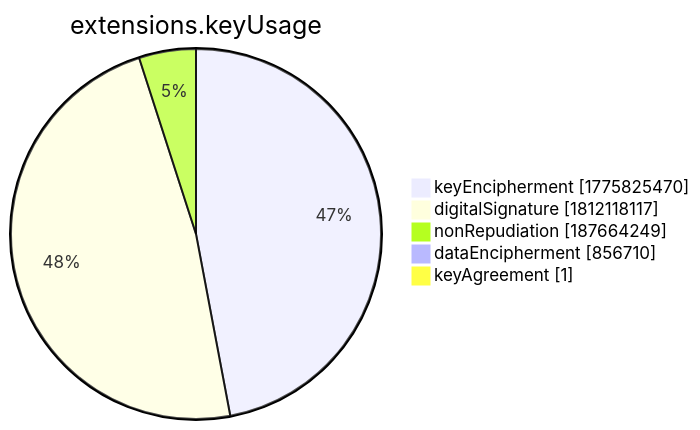
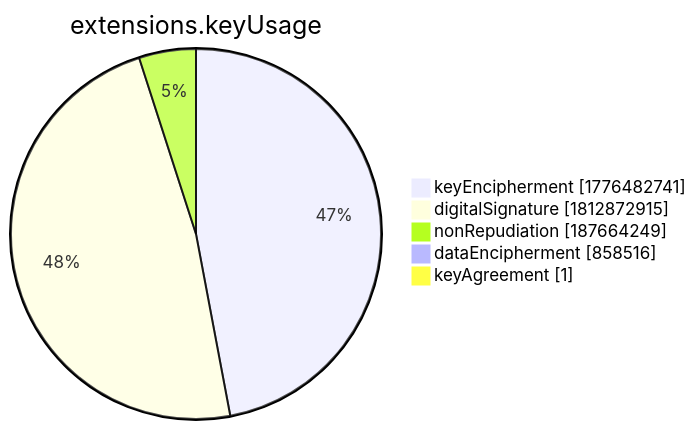
Before and after one commit to christiankrug/ctmonitor_visualization: the seventh of 15 diagrams in xenon2022/README.md, drawn with Mermaid. The commit also changed other lines of this file, not shown here.

````diff
--- a/xenon2022/README.md
+++ b/xenon2022/README.md
@@ -2859,9 +2859,9 @@
 ```mermaid
 pie showData
 title extensions.keyUsage
-"keyEncipherment" :1775825470
-"digitalSignature" :1812118117
+"keyEncipherment" :1776482741
+"digitalSignature" :1812872915
 "nonRepudiation" :187664249
-"dataEncipherment" :856710
+"dataEncipherment" :858516
 "keyAgreement" :1
 ```
````
